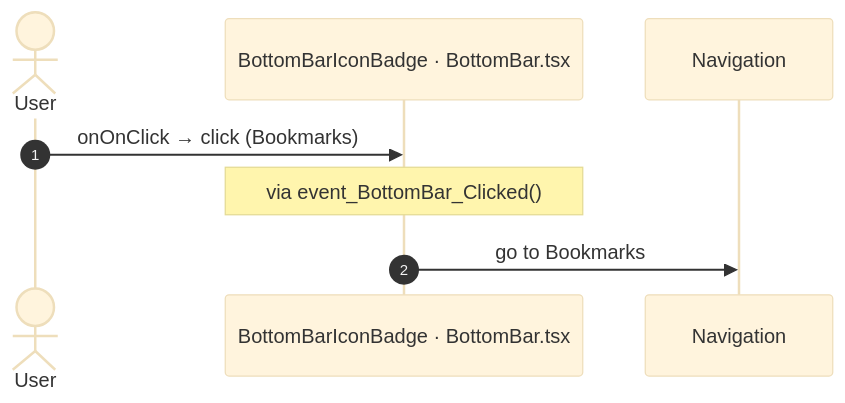
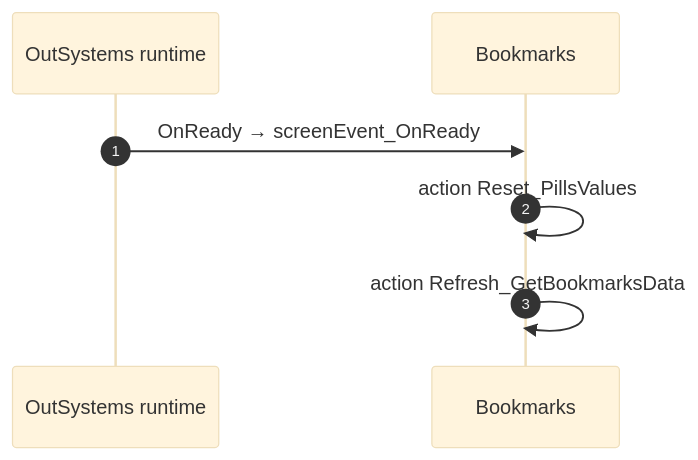
The fifth of 5 diagrams in route-actions/routes/Bookmarks.md (Phoenix-DX/connect-new-ui), drawn with Mermaid (base theme) before and after one commit. The commit also changed other lines of this file and 52 other files, not shown here.

````diff
--- a/route-actions/routes/Bookmarks.md
+++ b/route-actions/routes/Bookmarks.md
@@ -740,10 +227,9 @@
 ```mermaid
 sequenceDiagram
   autonumber
-  actor U as User
-  participant H as BottomBarIconBadge · BottomBar.tsx
-  participant N as Navigation
-  U->>H: onOnClick → click (Bookmarks)
-  Note over H: via event_BottomBar_Clicked()
-  H->>N: go to Bookmarks
+  participant R as OutSystems runtime
+  participant B as Bookmarks
+  R->>B: OnReady → screenEvent_OnReady
+  B->>B: action Reset_PillsValues
+  B->>B: action Refresh_GetBookmarksData
 ```
````
